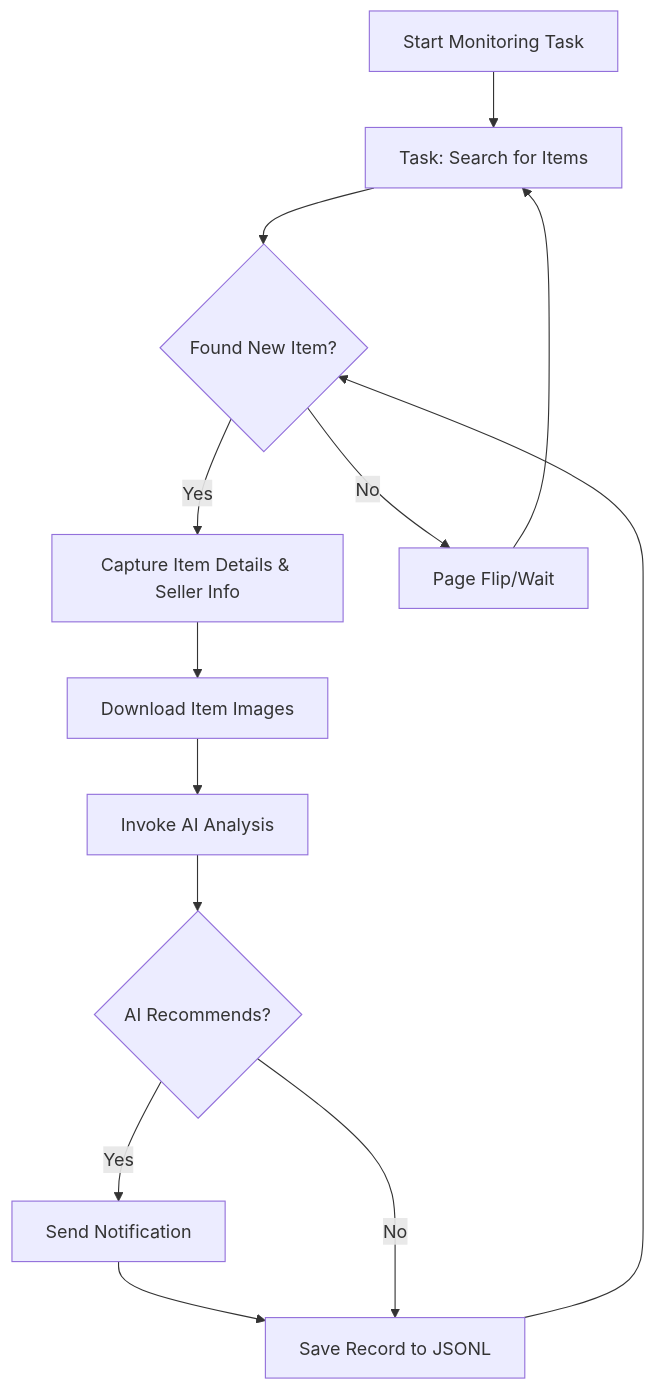
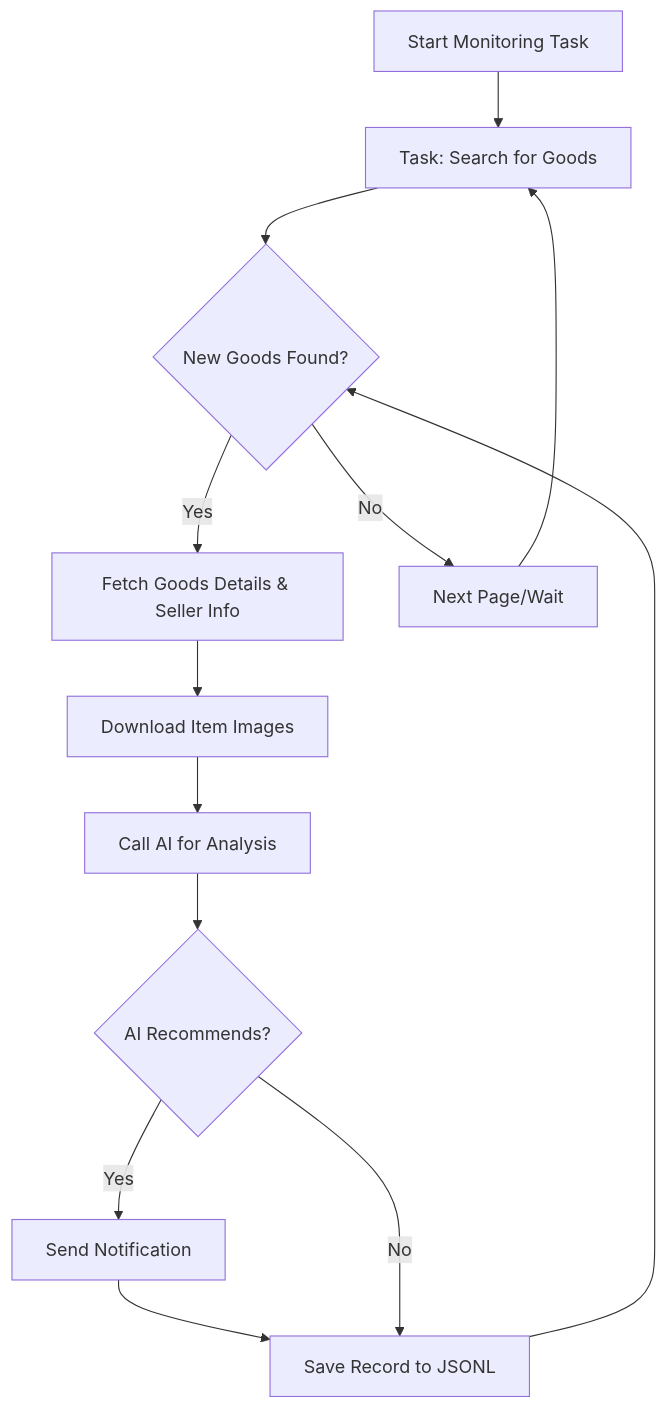
The diagram in docs/dingyufei615-ai-goofish-monitor.md (saurav-z/repo-docs), drawn with Mermaid before and after one commit. The commit also changed other lines of this file and 214 other files, not shown here.

````diff
--- a/docs/dingyufei615-ai-goofish-monitor.md
+++ b/docs/dingyufei615-ai-goofish-monitor.md
@@ -228,15 +200,15 @@
 ```mermaid
 graph TD
-    A[Start Monitoring Task] --> B[Task: Search for Items];
-    B --> C{Found New Item?};
-    C -- Yes --> D[Capture Item Details & Seller Info];
+    A[Start Monitoring Task] --> B[Task: Search for Goods];
+    B --> C{New Goods Found?};
+    C -- Yes --> D[Fetch Goods Details & Seller Info];
     D --> E[Download Item Images];
-    E --> F[Invoke AI Analysis];
+    E --> F[Call AI for Analysis];
     F --> G{AI Recommends?};
     G -- Yes --> H[Send Notification];
     H --> I[Save Record to JSONL];
     G -- No --> I;
-    C -- No --> J[Page Flip/Wait];
+    C -- No --> J[Next Page/Wait];
     J --> B;
     I --> C;
 ```
````
